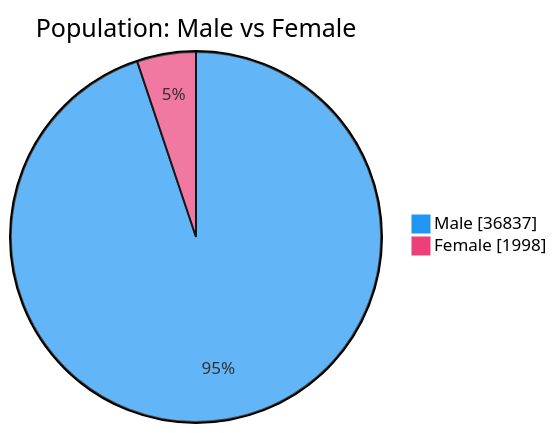
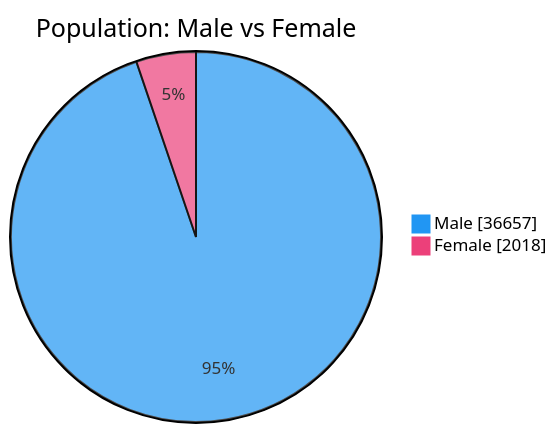
One commit to nuuuwan/lk_prisons changed the second of 7 diagrams in README.md. Above: the diagram before and after it, drawn with Mermaid. The commit also changed other lines of this file and 1 other file, not shown here.

````diff
--- a/README.md
+++ b/README.md
@@ -54,6 +54,6 @@
 ```mermaid
 %%{init: {'themeVariables': {'pie1': '#2196F3', 'pie2': '#EC407A'}}}%%
 pie showData title Population: Male vs Female
-    "Male" : 36837
-    "Female" : 1998
+    "Male" : 36657
+    "Female" : 2018
 ```
````
